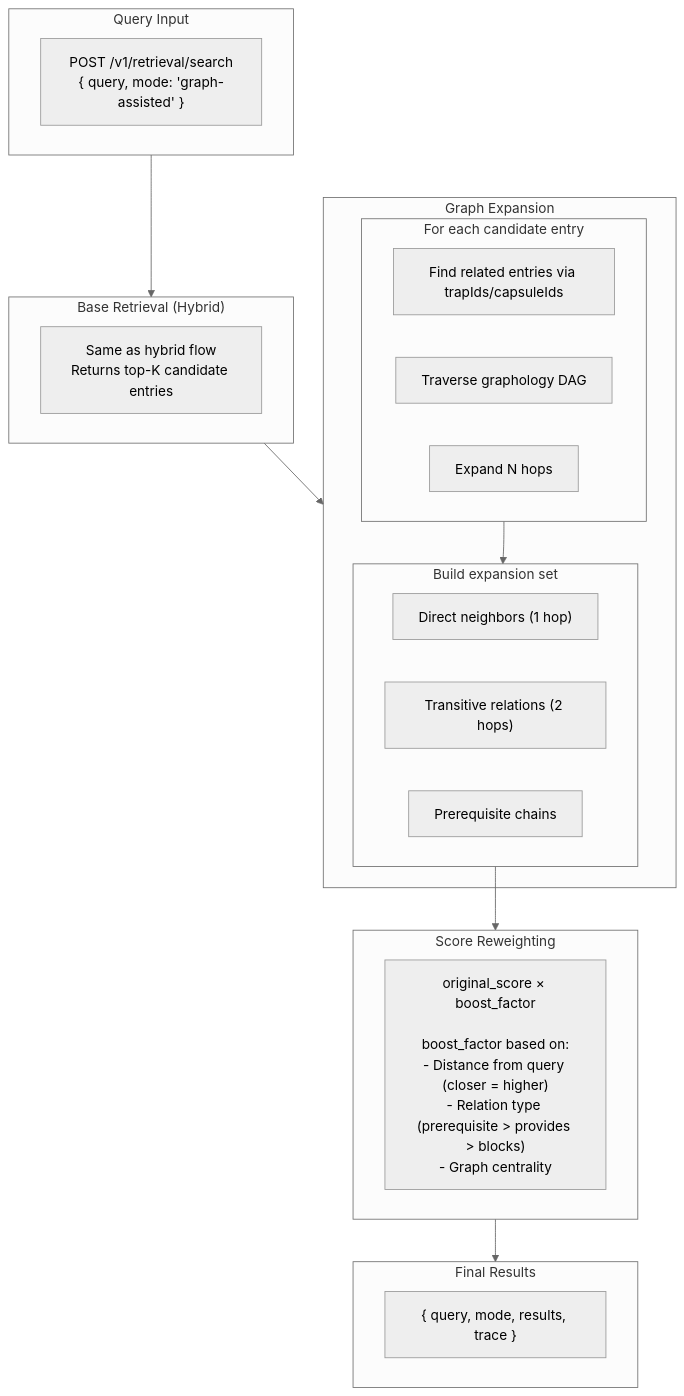
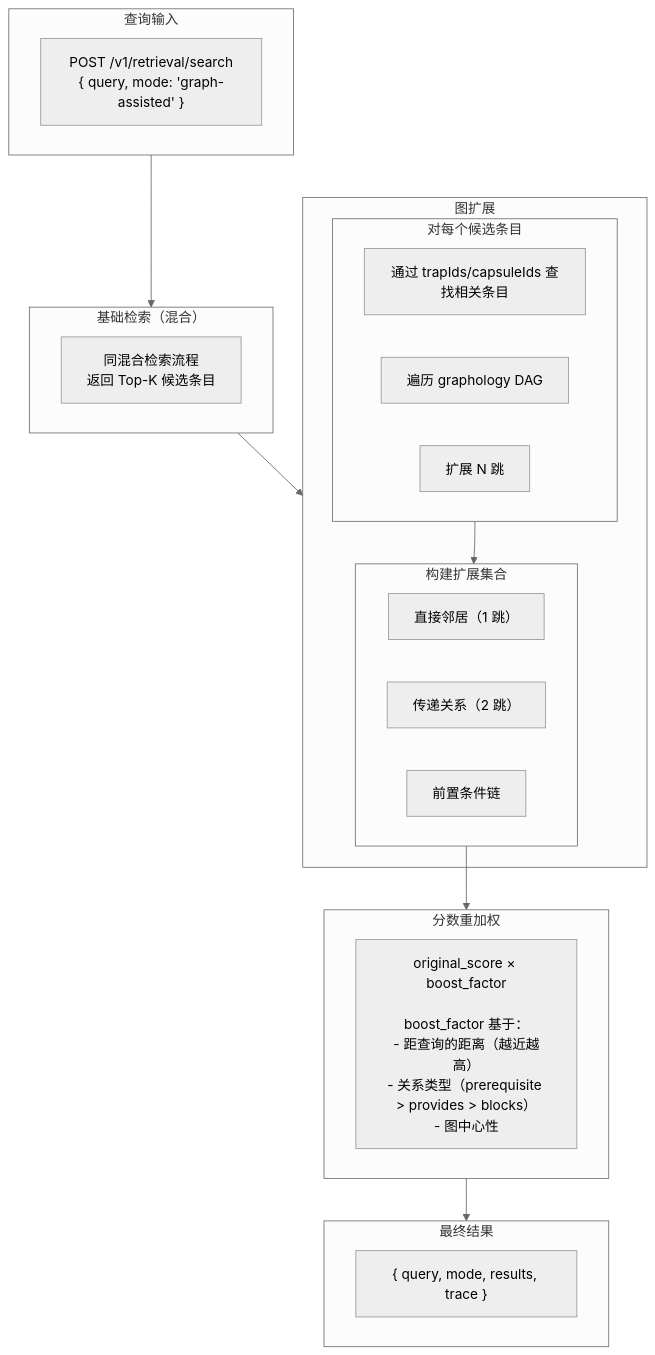
Before and after one commit to pofossette/TrapMap-for-vibing: the sixth of 8 diagrams in docs/architecture/components/RETRIEVAL.md, drawn with Mermaid (neutral theme). The commit also changed other lines of this file and 31 other files, not shown here.

````diff
--- a/docs/architecture/components/RETRIEVAL.md
+++ b/docs/architecture/components/RETRIEVAL.md
@@ -163,35 +163,35 @@
 ```mermaid
 flowchart TB
-    subgraph QueryInput["Query Input"]
+    subgraph 查询输入["查询输入"]
         A["POST /v1/retrieval/search\n{ query, mode: 'graph-assisted' }"]
     end
 
-    subgraph BaseRetrieval["Base Retrieval (Hybrid)"]
-        B["Same as hybrid flow\nReturns top-K candidate entries"]
+    subgraph 基础检索["基础检索（混合）"]
+        B["同混合检索流程\n返回 Top-K 候选条目"]
     end
 
-    subgraph Expansion["Graph Expansion"]
-        subgraph Traverse["For each candidate entry"]
-            C1["Find related entries via trapIds/capsuleIds"]
-            C2["Traverse graphology DAG"]
-            C3["Expand N hops"]
+    subgraph 图扩展["图扩展"]
+        subgraph 遍历["对每个候选条目"]
+            C1["通过 trapIds/capsuleIds 查找相关条目"]
+            C2["遍历 graphology DAG"]
+            C3["扩展 N 跳"]
         end
 
-        subgraph BuildSet["Build expansion set"]
-            D1["Direct neighbors (1 hop)"]
-            D2["Transitive relations (2 hops)"]
-            D3["Prerequisite chains"]
+        subgraph 构建集合["构建扩展集合"]
+            D1["直接邻居（1 跳）"]
+            D2["传递关系（2 跳）"]
+            D3["前置条件链"]
         end
     end
 
-    subgraph Reweighting["Score Reweighting"]
-        E["original_score × boost_factor\n\nboost_factor based on:\n- Distance from query (closer = higher)\n- Relation type (prerequisite > provides > blocks)\n- Graph centrality"]
+    subgraph 分数重加权["分数重加权"]
+        E["original_score × boost_factor\n\nboost_factor 基于：\n- 距查询的距离（越近越高）\n- 关系类型（prerequisite > provides > blocks）\n- 图中心性"]
     end
 
-    subgraph Response["Final Results"]
+    subgraph 最终结果["最终结果"]
         F["{ query, mode, results, trace }"]
     end
 
-    QueryInput --> BaseRetrieval --> Expansion
-    Traverse --> BuildSet --> Reweighting --> Response
+    查询输入 --> 基础检索 --> 图扩展
+    遍历 --> 构建集合 --> 分数重加权 --> 最终结果
 ```
````
